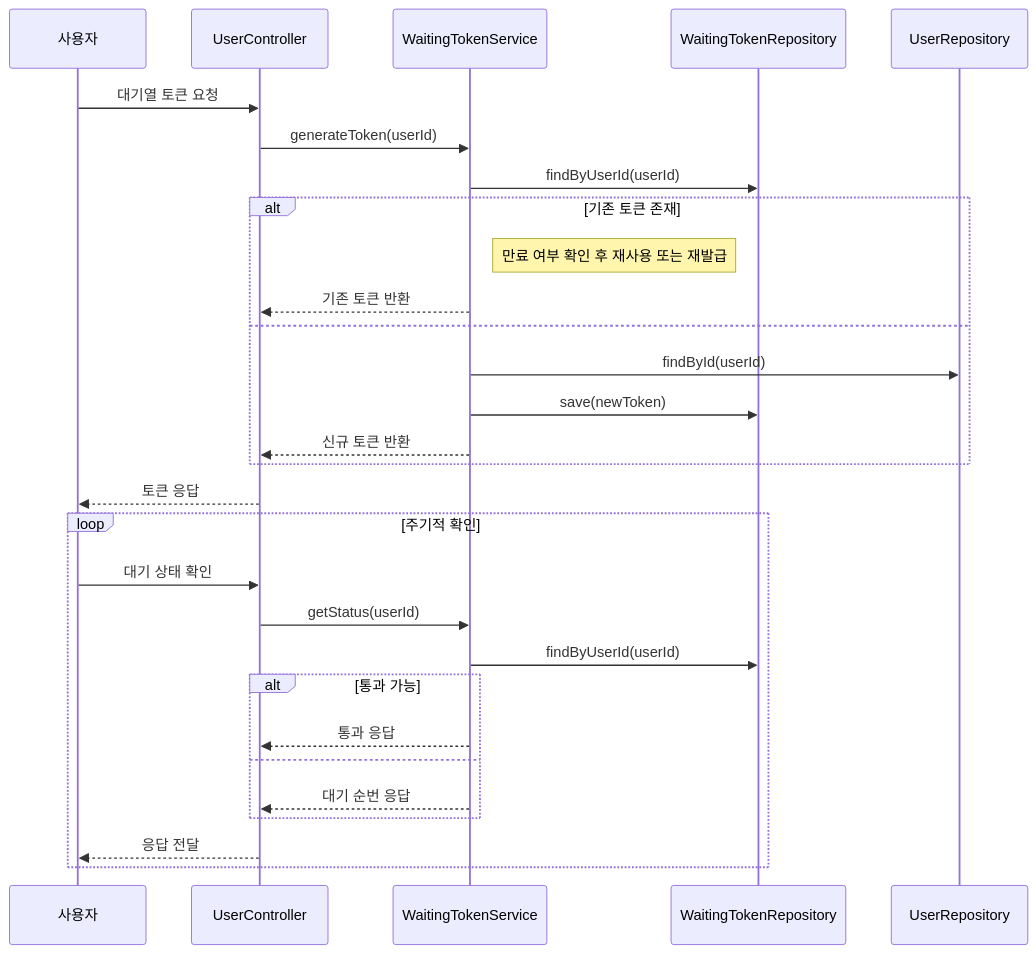
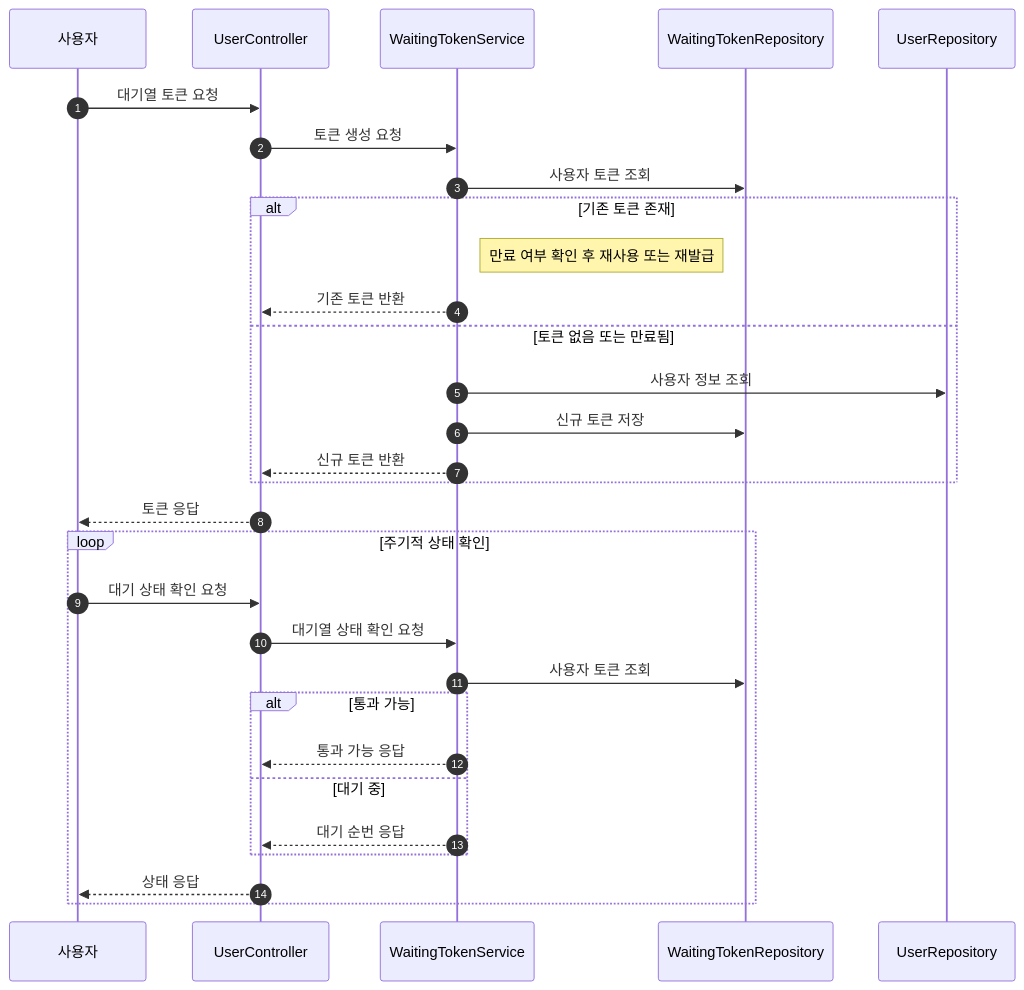
Before and after one commit to uuununew/concert-system: the first of 8 diagrams in docs/SEQUENCE.md, drawn with Mermaid. The commit also changed other lines of this file, not shown here.

Commit message:
시퀀스 다이어그램 추가

````diff
--- a/docs/SEQUENCE.md
+++ b/docs/SEQUENCE.md
@@ -10,33 +10,38 @@
 ```mermaid
 sequenceDiagram
+    autonumber
     participant 사용자
     participant UserController
     participant WaitingTokenService
     participant WaitingTokenRepository
     participant UserRepository
 
-    사용자->>UserController: 대기열 토큰 요청
-    UserController->>WaitingTokenService: generateToken(userId)
-    WaitingTokenService->>WaitingTokenRepository: findByUserId(userId)
+    사용자 ->> UserController: 대기열 토큰 요청
+    UserController ->> WaitingTokenService: 토큰 생성 요청
+    WaitingTokenService ->> WaitingTokenRepository: 사용자 토큰 조회
+
     alt 기존 토큰 존재
         note right of WaitingTokenService: 만료 여부 확인 후 재사용 또는 재발급
-        WaitingTokenService-->>UserController: 기존 토큰 반환
-    else
-        WaitingTokenService->>UserRepository: findById(userId)
-        WaitingTokenService->>WaitingTokenRepository: save(newToken)
-        WaitingTokenService-->>UserController: 신규 토큰 반환
+        WaitingTokenService -->> UserController: 기존 토큰 반환
+    else 토큰 없음 또는 만료됨
+        WaitingTokenService ->> UserRepository: 사용자 정보 조회
+        WaitingTokenService ->> WaitingTokenRepository: 신규 토큰 저장
+        WaitingTokenService -->> UserController: 신규 토큰 반환
     end
-    UserController-->>사용자: 토큰 응답
 
-    loop 주기적 확인
-        사용자->>UserController: 대기 상태 확인
-        UserController->>WaitingTokenService: getStatus(userId)
-        WaitingTokenService->>WaitingTokenRepository: findByUserId(userId)
+    UserController -->> 사용자: 토큰 응답
+
+    loop 주기적 상태 확인
+        사용자 ->> UserController: 대기 상태 확인 요청
+        UserController ->> WaitingTokenService: 대기열 상태 확인 요청
+        WaitingTokenService ->> WaitingTokenRepository: 사용자 토큰 조회
+
         alt 통과 가능
-            WaitingTokenService-->>UserController: 통과 응답
-        else
-            WaitingTokenService-->>UserController: 대기 순번 응답
+            WaitingTokenService -->> UserController: 통과 가능 응답
+        else 대기 중
+            WaitingTokenService -->> UserController: 대기 순번 응답
         end
-        UserController-->>사용자: 응답 전달
+
+        UserController -->> 사용자: 상태 응답
     end
 ```
````
